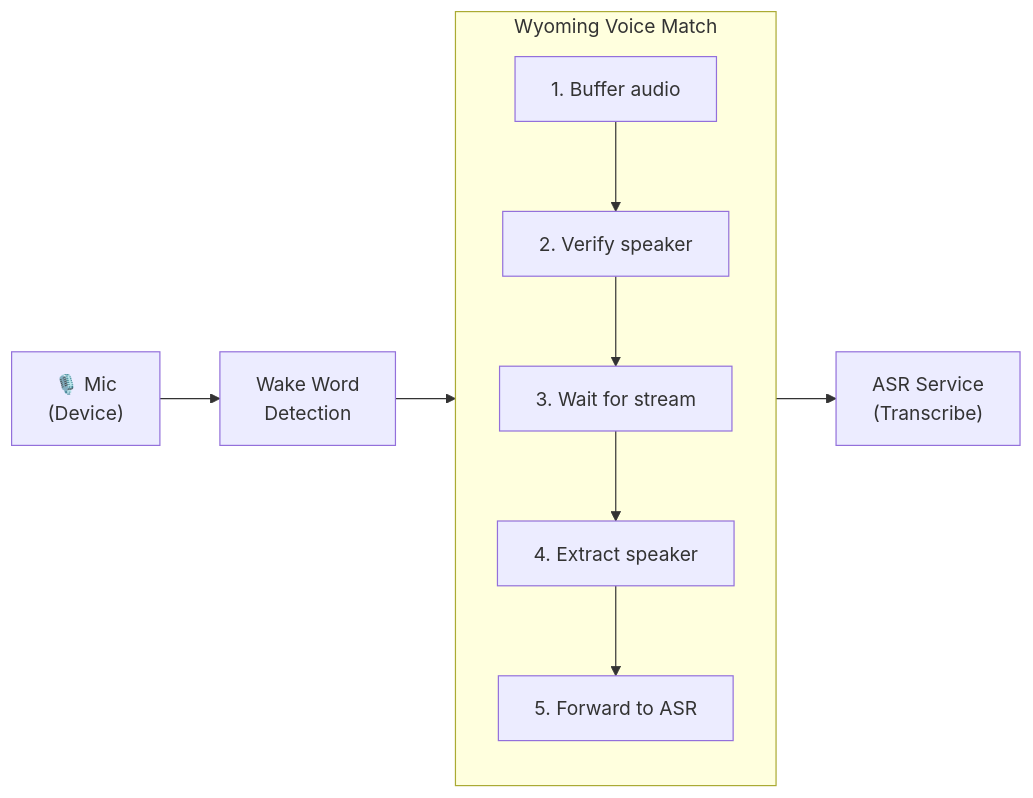
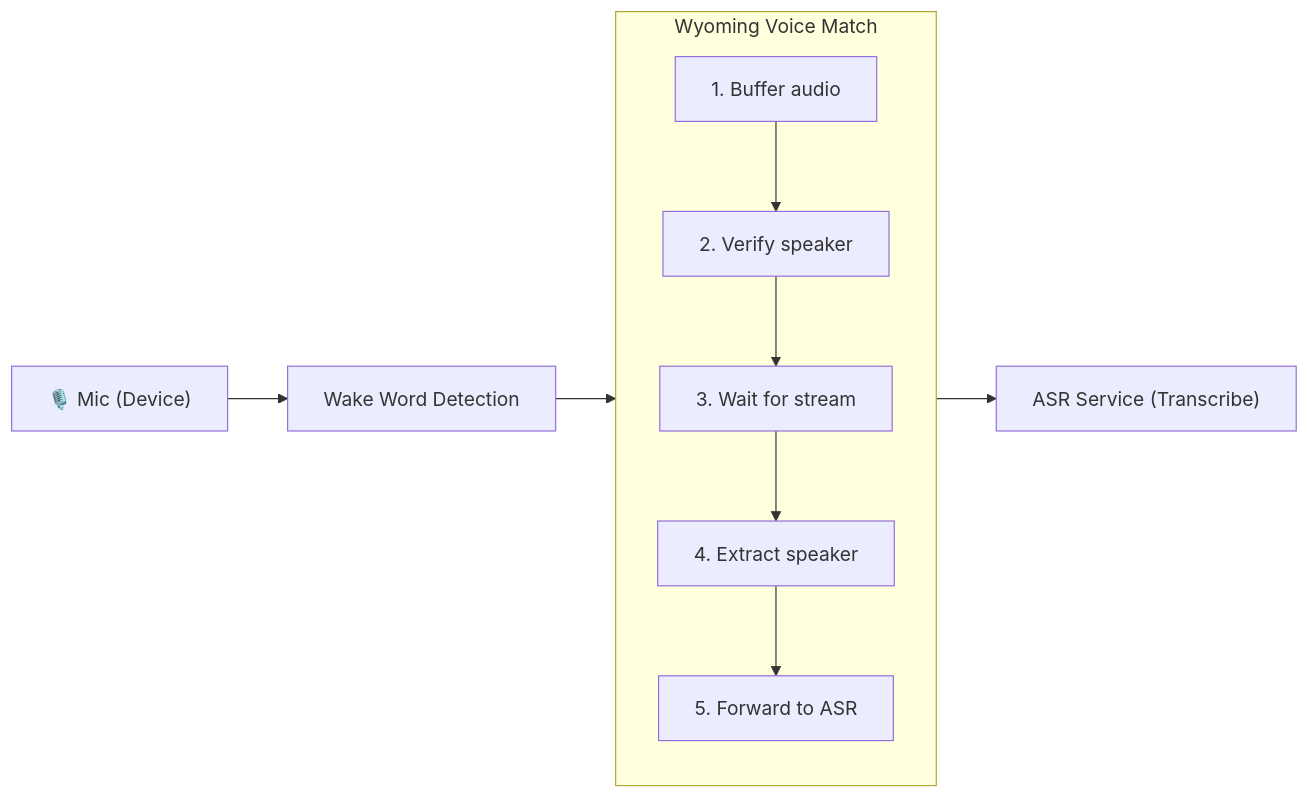
The diagram in README.md (jxlarrea/wyoming-voice-match), drawn with Mermaid before and after one commit.

Commit message:
Fixed diagram

````diff
--- a/README.md
+++ b/README.md
@@ -76,16 +76,16 @@
 ```mermaid
 flowchart LR
-    A["🎙️ Mic\n(Device)"] --> B["Wake Word\nDetection"]
+    A["🎙️ Mic (Device)"] --> B["Wake Word Detection"]
     B --> C["Wyoming Voice Match"]
-    C --> D["ASR Service\n(Transcribe)"]
+    C --> D["ASR Service (Transcribe)"]
 
     subgraph C["Wyoming Voice Match"]
         direction TB
         C1["1. Buffer audio"]
         C2["2. Verify speaker"]
         C3["3. Wait for stream"]
         C4["4. Extract speaker"]
         C5["5. Forward to ASR"]
         C1 --> C2 --> C3 --> C4 --> C5
     end
 ```
````
